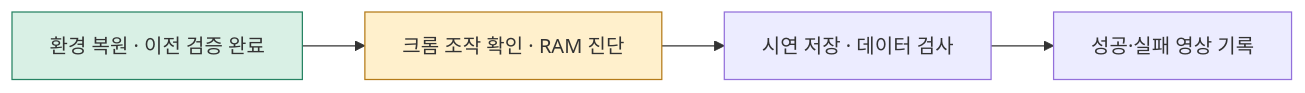
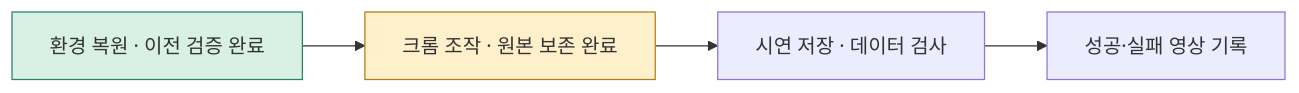
Before and after one commit to leonyoon-3dai/PhyRC_2027_phase1: the diagram in README.ko.md, drawn with Mermaid. The commit also changed other lines of this file and 9 other files, not shown here.

````diff
--- a/README.ko.md
+++ b/README.ko.md
@@ -21,8 +23,8 @@
 ```mermaid
 flowchart LR
-    A[환경 복원 · 이전 검증 완료] --> B[크롬 조작 확인 · RAM 진단]
+    A[환경 복원 · 이전 검증 완료] --> B[크롬 조작 · 원본 보존 완료]
     B --> C[시연 저장 · 데이터 검사]
     C --> D[성공·실패 영상 기록]
     style A fill:#d9f0e5,stroke:#278363
     style B fill:#fff0cc,stroke:#b57b19
 ```
````
